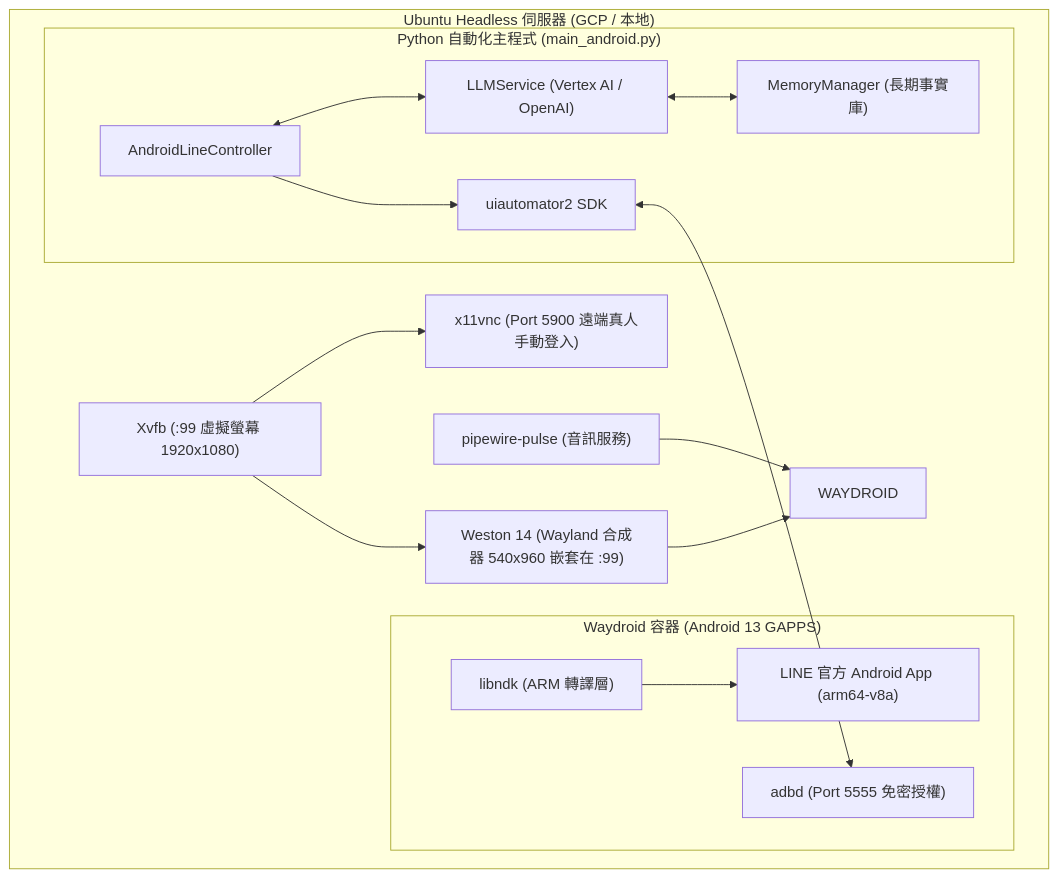
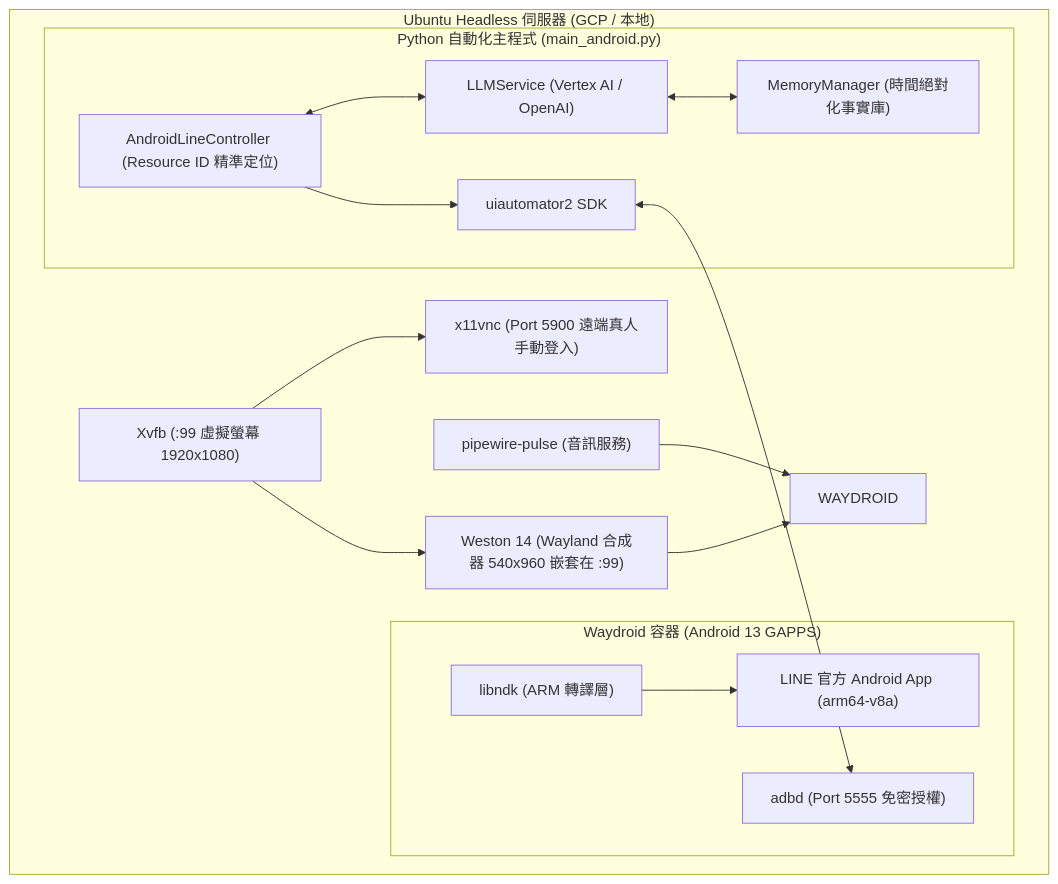
Before and after one commit to jacky778199/LineAutoReplyUbuntuChromeExt: the diagram in README_ANDROID.md, drawn with Mermaid. The commit also changed other lines of this file and 4 other files, not shown here.

````diff
--- a/README_ANDROID.md
+++ b/README_ANDROID.md
@@ -36,33 +40,33 @@
 ```mermaid
 flowchart TD
     subgraph Host["Ubuntu Headless 伺服器 (GCP / 本地)"]
         XVFB["Xvfb (:99 虛擬螢幕 1920x1080)"]
         VNC["x11vnc (Port 5900 遠端真人手動登入)"]
         PULSE["pipewire-pulse (音訊服務)"]
         WESTON["Weston 14 (Wayland 合成器 540x960 嵌套在 :99)"]
         
         XVFB --> WESTON
         XVFB --> VNC
         PULSE --> WAYDROID
         WESTON --> WAYDROID
         
         subgraph Waydroid["Waydroid 容器 (Android 13 GAPPS)"]
             LIBNDK["libndk (ARM 轉譯層)"]
             LINE["LINE 官方 Android App (arm64-v8a)"]
             ADB_DAEMON["adbd (Port 5555 免密授權)"]
             LIBNDK --> LINE
         end
         
         subgraph Bot["Python 自動化主程式 (main_android.py)"]
             U2["uiautomator2 SDK"]
-            CTRL["AndroidLineController"]
+            CTRL["AndroidLineController (Resource ID 精準定位)"]
             LLM["LLMService (Vertex AI / OpenAI)"]
-            MEM["MemoryManager (長期事實庫)"]
+            MEM["MemoryManager (時間絕對化事實庫)"]
             
             U2 <--> ADB_DAEMON
             CTRL --> U2
             CTRL <--> LLM
             LLM <--> MEM
         end
     end
 ```
````
